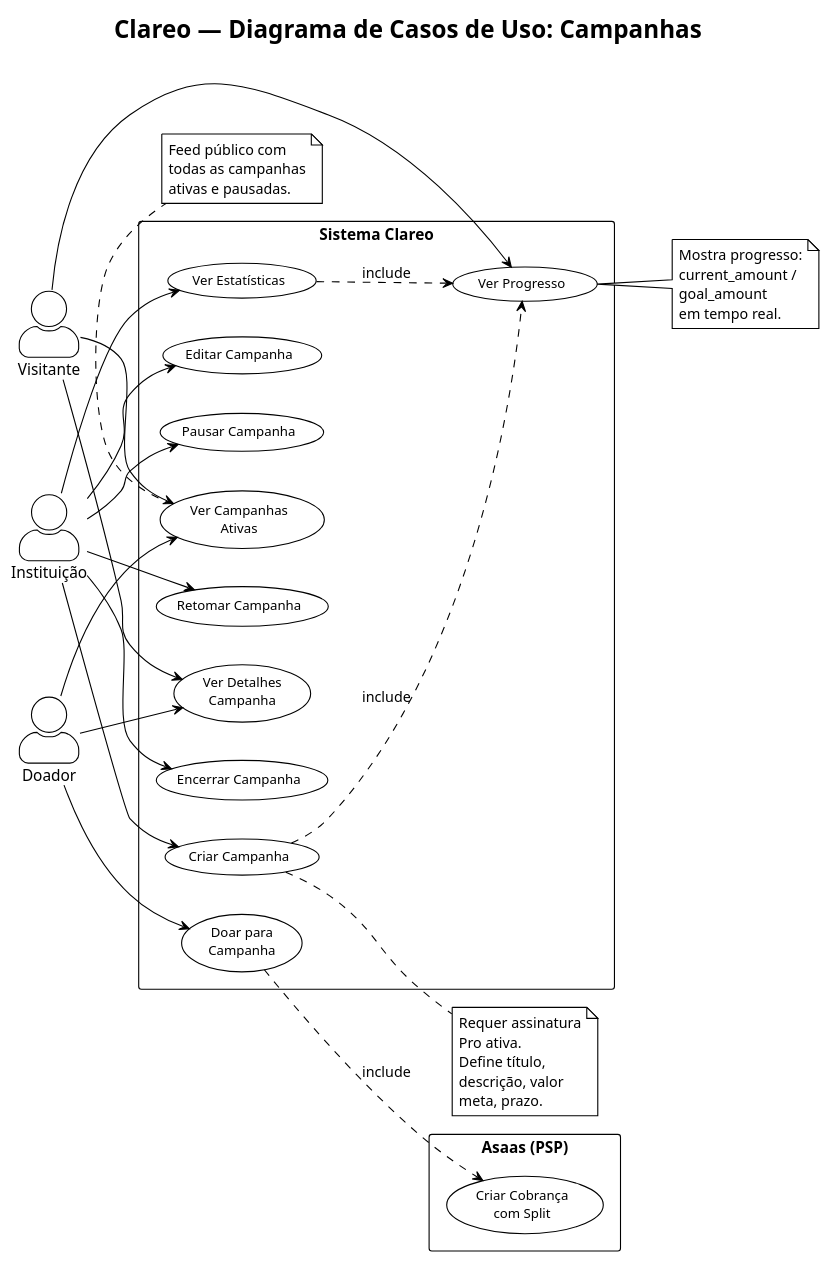
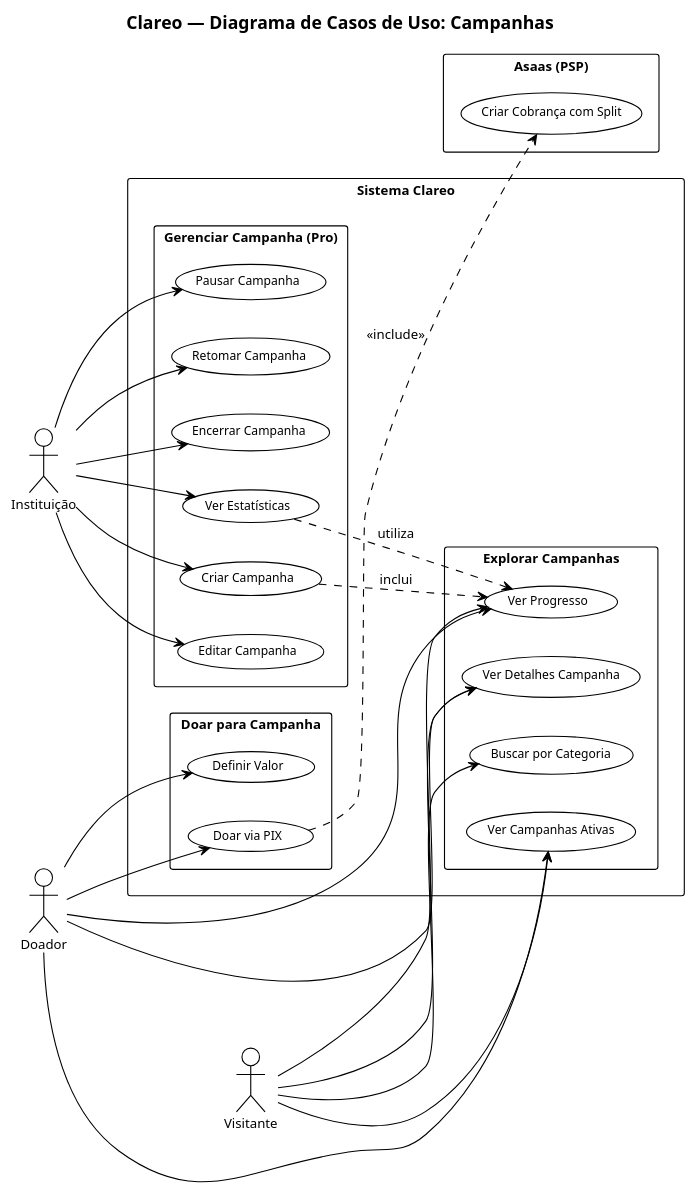
Before and after one commit to GabrielHR0/clareo-api: the diagram in doc/asaas/diagramas/06-CAMPANHAS.puml, drawn with PlantUML. The commit also changed 8 other files, not shown here.

Commit message:
docs: reorganizar diagramas PlantUML - bonequinhos de palito, packages, layout limpo

```diff
--- a/doc/asaas/diagramas/06-CAMPANHAS.puml
+++ b/doc/asaas/diagramas/06-CAMPANHAS.puml
@@ -1,73 +1,75 @@
 @startuml Clareo - Campanhas
 !theme plain
-left to right direction
-skinparam actorStyle awesome
+skinparam defaultFontName Arial
+skinparam defaultFontSize 12
+skinparam packageFontSize 13
 skinparam packageStyle rectangle
-skinparam packageFontSize 14
-skinparam usecaseFontSize 12
-skinparam defaultFontName Arial
+skinparam useCaseFontSize 11
+skinparam actorFontSize 12
+skinparam titleFontSize 16
+skinparam titleFontStyle bold
 
 title Clareo — Diagrama de Casos de Uso: Campanhas
 
+left to right direction
+
+' ===== Atores =====
 actor "Instituição" as Institution
 actor "Doador" as Donor
 actor "Visitante" as Visitor
 
+' ===== Sistema =====
 rectangle "Sistema Clareo" {
-  usecase "Criar Campanha" as UC1
-  usecase "Editar Campanha" as UC2
-  usecase "Pausar Campanha" as UC3
-  usecase "Retomar Campanha" as UC4
-  usecase "Encerrar Campanha" as UC5
-  usecase "Ver Campanhas\nAtivas" as UC6
-  usecase "Ver Detalhes\nCampanha" as UC7
-  usecase "Ver Progresso" as UC8
-  usecase "Doar para\nCampanha" as UC9
-  usecase "Ver Estatísticas" as UC10
+
+  package "Gerenciar Campanha (Pro)" {
+    usecase "Criar Campanha" as UC1
+    usecase "Editar Campanha" as UC2
+    usecase "Pausar Campanha" as UC3
+    usecase "Retomar Campanha" as UC4
+    usecase "Encerrar Campanha" as UC5
+    usecase "Ver Estatísticas" as UC6
+  }
+
+  package "Explorar Campanhas" {
+    usecase "Ver Campanhas Ativas" as UC7
+    usecase "Ver Detalhes Campanha" as UC8
+    usecase "Ver Progresso" as UC9
+    usecase "Buscar por Categoria" as UC10
+  }
+
+  package "Doar para Campanha" {
+    usecase "Definir Valor" as UC11
+    usecase "Doar via PIX" as UC12
+  }
 }
 
+' ===== Asaas =====
 rectangle "Asaas (PSP)" {
-  usecase "Criar Cobrança\ncom Split" as UC_A1
+  usecase "Criar Cobrança com Split" as UC_A1
 }
 
+' ===== Conexões =====
 Institution --> UC1
 Institution --> UC2
 Institution --> UC3
 Institution --> UC4
 Institution --> UC5
-Institution --> UC10
+Institution --> UC6
 
-Visitor --> UC6
 Visitor --> UC7
 Visitor --> UC8
+Visitor --> UC9
+Visitor --> UC10
 
-Donor --> UC6
 Donor --> UC7
+Donor --> UC8
 Donor --> UC9
+Donor --> UC11
+Donor --> UC12
 
-UC9 ..> UC_A1 : include
-UC1 ..> UC8 : include
-UC10 ..> UC8 : include
-
-note right of UC1
-  Requer assinatura
-  Pro ativa.
-  Define título,
-  descrição, valor
-  meta, prazo.
-end note
-
-note bottom of UC6
-  Feed público com
-  todas as campanhas
-  ativas e pausadas.
-end note
-
-note right of UC8
-  Mostra progresso:
-  current_amount /
-  goal_amount
-  em tempo real.
-end note
+' ===== Relacionamentos =====
+UC12 ..> UC_A1 : <<include>>
+UC1 ..> UC9 : inclui
+UC6 ..> UC9 : utiliza
 
 @enduml
```
